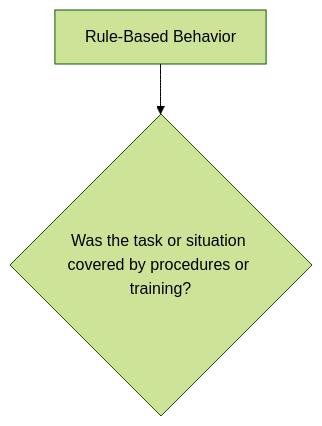
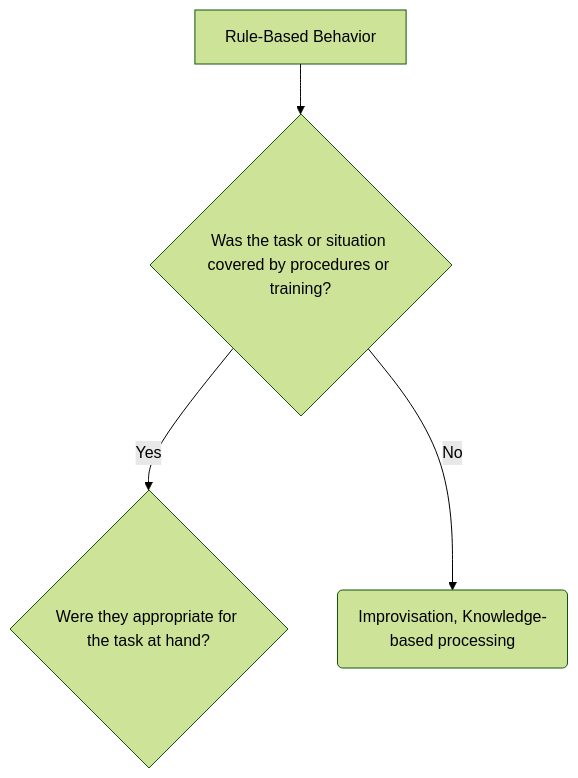
One commit to SMGarciaDBA/Regulatory-Systems-Lab changed the diagram in models/reason-rule-behavior.md. Above: the diagram before and after it, drawn with Mermaid (forest theme).

````diff
--- a/models/reason-rule-behavior.md
+++ b/models/reason-rule-behavior.md
@@ -1,4 +1,7 @@
 ```mermaid
 flowchart TD
 A[Rule-Based Behavior] --> B{Was the task or situation covered by procedures or training?}
+
+B --> |Yes| C{Were they appropriate for the task at hand?}
+B --> |No| D(Improvisation, Knowledge-based processing) 
 ```
````
